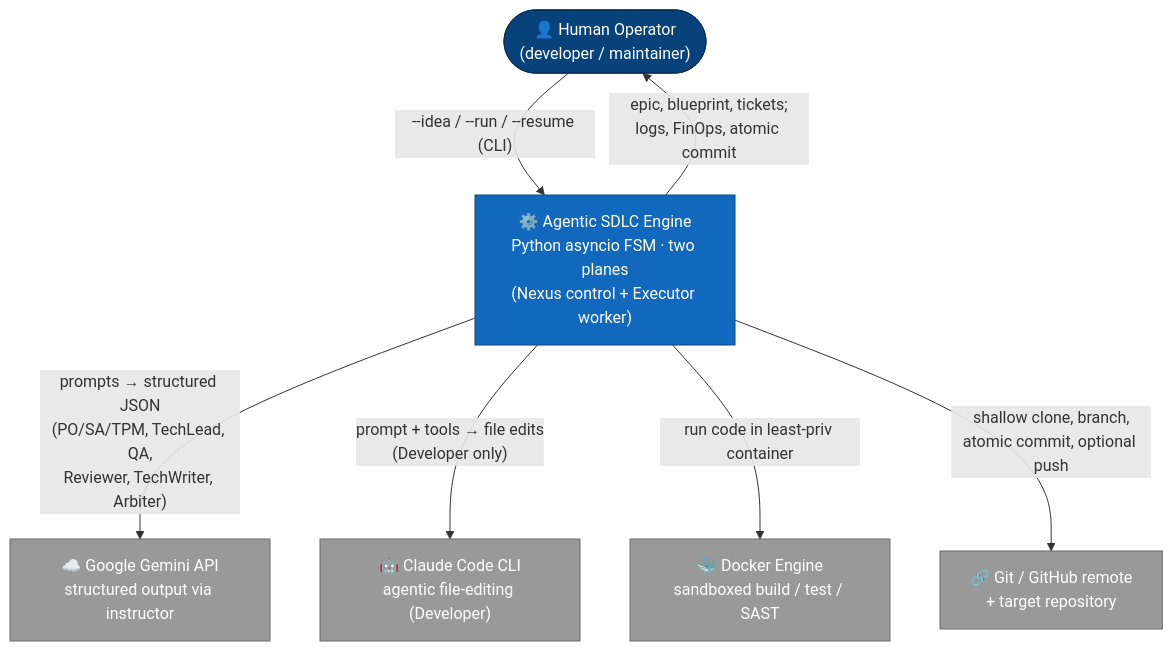
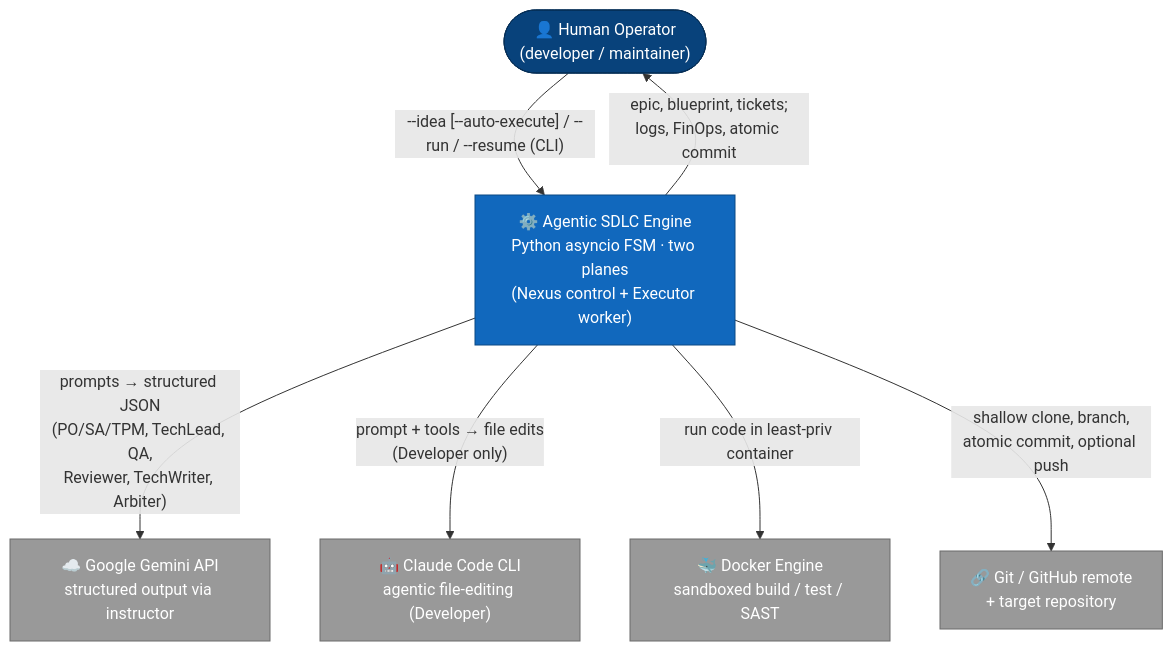
The first of 4 diagrams in docs/ARCHITECTURE.md (pavel-shyrko/async-agentic-sdlc), drawn with Mermaid before and after one commit. The commit also changed other lines of this file and 13 other files, not shown here.

````diff
--- a/docs/ARCHITECTURE.md
+++ b/docs/ARCHITECTURE.md
@@ -20,26 +20,26 @@
 ```mermaid
 flowchart TB
     human(["👤 Human Operator<br/>(developer / maintainer)"])
 
     engine["⚙️ Agentic SDLC Engine<br/>Python asyncio FSM · two planes<br/>(Nexus control + Executor worker)"]
 
     gemini["☁️ Google Gemini API<br/>structured output via instructor"]
     claude["🤖 Claude Code CLI<br/>agentic file-editing (Developer)"]
     docker["🐳 Docker Engine<br/>sandboxed build / test / SAST"]
     github["🔗 Git / GitHub remote<br/>+ target repository"]
 
-    human -->|"--idea / --run / --resume (CLI)"| engine
+    human -->|"--idea [--auto-execute] / --run / --resume (CLI)"| engine
     engine -->|"epic, blueprint, tickets;<br/>logs, FinOps, atomic commit"| human
 
     engine -->|"prompts → structured JSON<br/>(PO/SA/TPM, TechLead, QA,<br/>Reviewer, TechWriter, Arbiter)"| gemini
     engine -->|"prompt + tools → file edits<br/>(Developer only)"| claude
     engine -->|"run code in least-priv container"| docker
     engine -->|"shallow clone, branch,<br/>atomic commit, optional push"| github
 
     classDef sys fill:#1168bd,stroke:#0b4884,color:#fff;
     classDef ext fill:#999,stroke:#6b6b6b,color:#fff;
     classDef person fill:#08427b,stroke:#052e56,color:#fff;
     class engine sys;
     class gemini,claude,docker,github ext;
     class human person;
 ```
````
